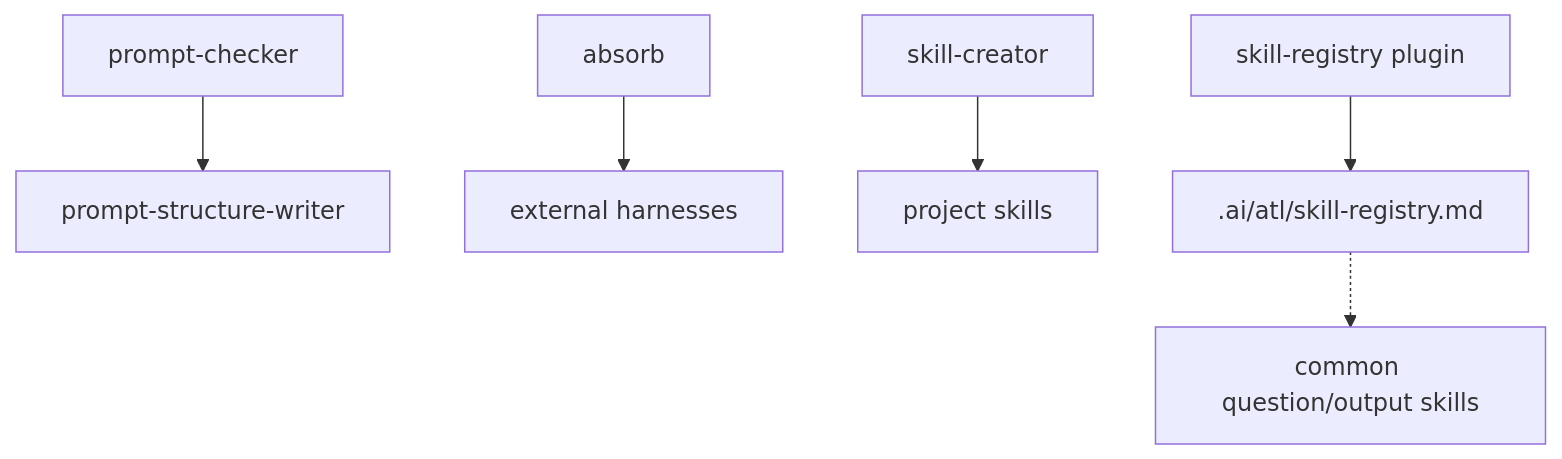
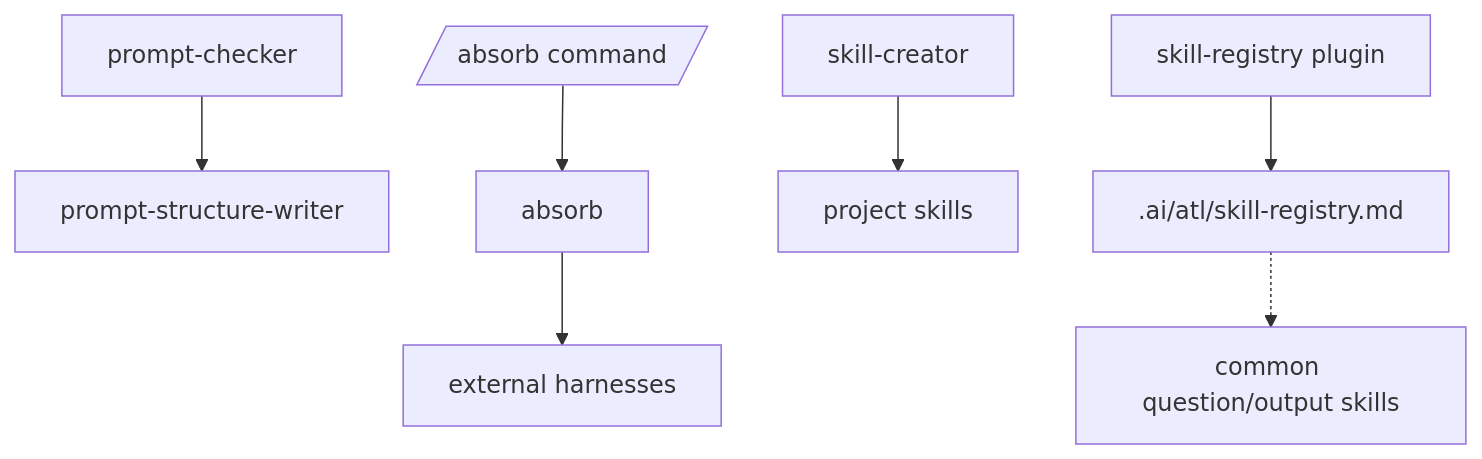
The diagram in domains/meta/README.md (andresnator/agents-orchestrator), drawn with Mermaid before and after one commit. The commit also changed other lines of this file and 19 other files, not shown here.

````diff
--- a/domains/meta/README.md
+++ b/domains/meta/README.md
@@ -11,8 +11,9 @@
 ```mermaid
 graph TD
   prompt[prompt-checker] --> writer[prompt-structure-writer]
-  absorb[absorb] --> external[external harnesses]
+  absorbCmd[/absorb command/] --> absorb[absorb]
+  absorb --> external[external harnesses]
   creator[skill-creator] --> skills[project skills]
   plugin[skill-registry plugin] --> registry[.ai/atl/skill-registry.md]
   registry -.-> common[common question/output skills]
 ```
````
